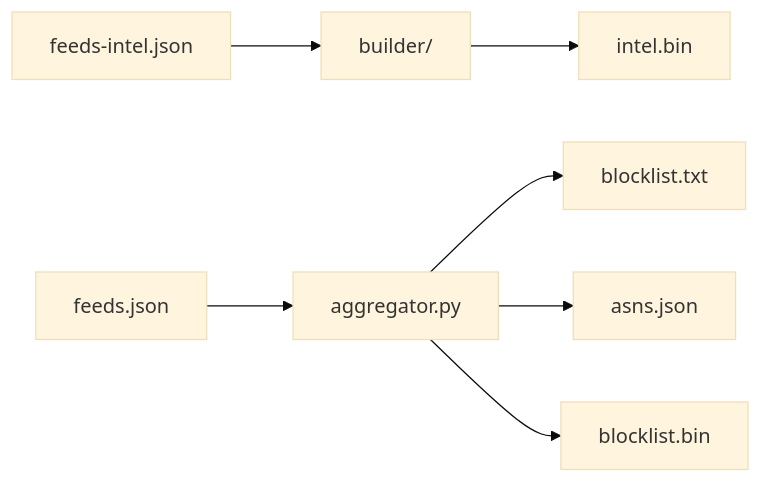
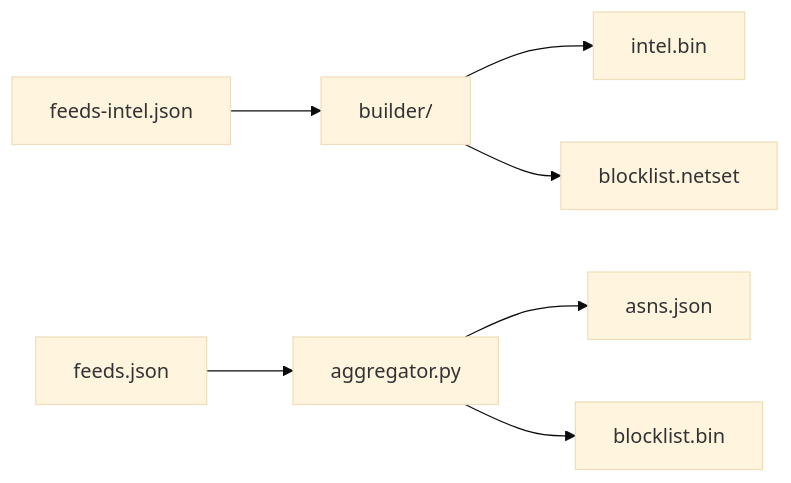
The diagram in README.md (tn3w/IPBlocklist), drawn with Mermaid (base theme) before and after one commit. The commit also changed other lines of this file and 10 other files, not shown here.

````diff
--- a/README.md
+++ b/README.md
@@ -175,9 +146,9 @@
 ```mermaid
 flowchart LR
     F[feeds-intel.json] --> B[builder/]
     B --> I[intel.bin]
+    B --> N[blocklist.netset]
     A[feeds.json] --> P[aggregator.py]
-    P --> T[blocklist.txt]
     P --> J[asns.json]
     P --> L[blocklist.bin]
 ```
````
